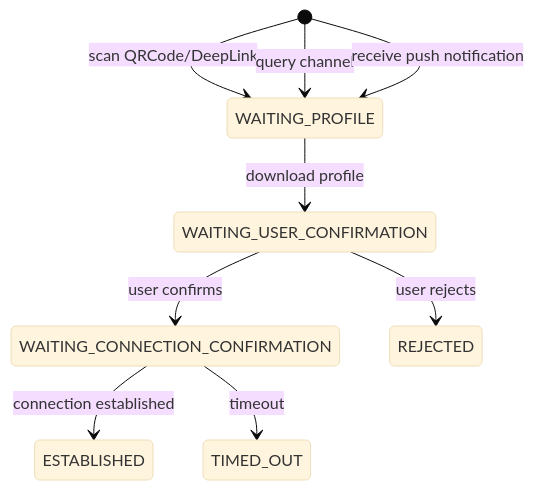
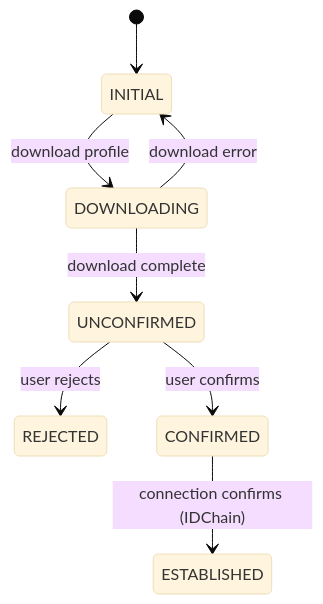
The diagram in BrightID/diagrams/connection_states.mmd (BrightID/BrightID), drawn with Mermaid (base theme) before and after one commit. The commit also changed 2 other files, not shown here.

Commit message:
Update states and transitions of a pendingConnection.

```diff
--- a/BrightID/diagrams/connection_states.mmd
+++ b/BrightID/diagrams/connection_states.mmd
@@ -1,16 +1,15 @@
 stateDiagram
-  S1: WAITING_PROFILE
-  S2: WAITING_USER_CONFIRMATION
-  S3: WAITING_CONNECTION_CONFIRMATION
-  S4: TIMED_OUT
+  S1: INITIAL
+  S2: DOWNLOADING
+  S3: UNCONFIRMED
+  S4: REJECTED
+  S5: CONFIRMED
   S6: ESTABLISHED
-  S8: REJECTED
 
-  [*] --> S1: scan QRCode/DeepLink
-  [*] --> S1: query channel
-  [*] --> S1: receive push notification
+  [*] --> S1
   S1 --> S2: download profile
-  S2 --> S3: user confirms
-  S2 --> S8: user rejects
-  S3 --> S6: connection established
-  S3 --> S4: timeout
+  S2 --> S3: download complete
+  S2 --> S1: download error
+  S3 --> S4: user rejects
+  S3 --> S5: user confirms
+  S5 --> S6: connection confirms (IDChain)
```
